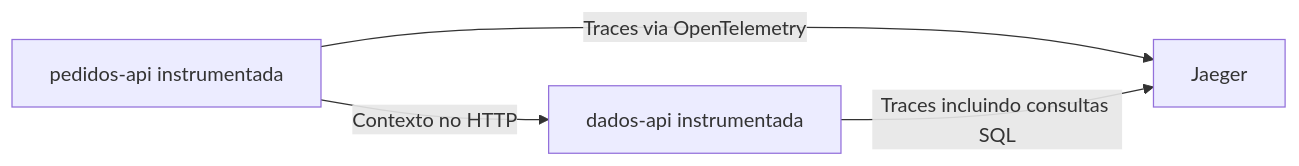
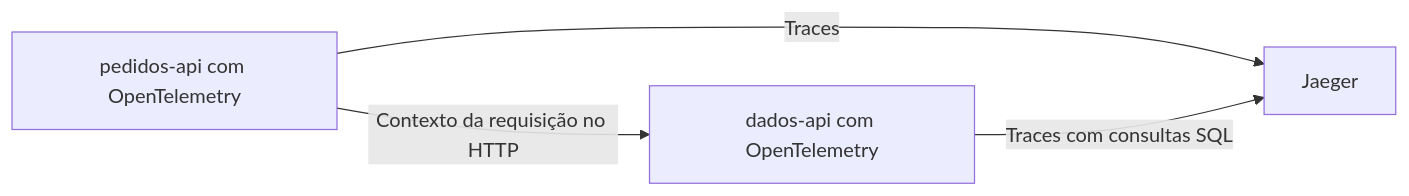
The second of 3 diagrams in docs/arquitetura.md (danilo-humberto/observability), drawn with Mermaid before and after one commit. The commit also changed other lines of this file and 12 other files, not shown here.

````diff
--- a/docs/arquitetura.md
+++ b/docs/arquitetura.md
@@ -50,6 +50,6 @@
 ```mermaid
 flowchart LR
-    Pedidos[pedidos-api instrumentada] -->|Contexto no HTTP| Dados[dados-api instrumentada]
-    Pedidos -->|Traces via OpenTelemetry| Jaeger[Jaeger]
-    Dados -->|Traces incluindo consultas SQL| Jaeger
+    Pedidos[pedidos-api com OpenTelemetry] -->|Contexto da requisição no HTTP| Dados[dados-api com OpenTelemetry]
+    Pedidos -->|Traces| Jaeger[Jaeger]
+    Dados -->|Traces com consultas SQL| Jaeger
 ```
````
